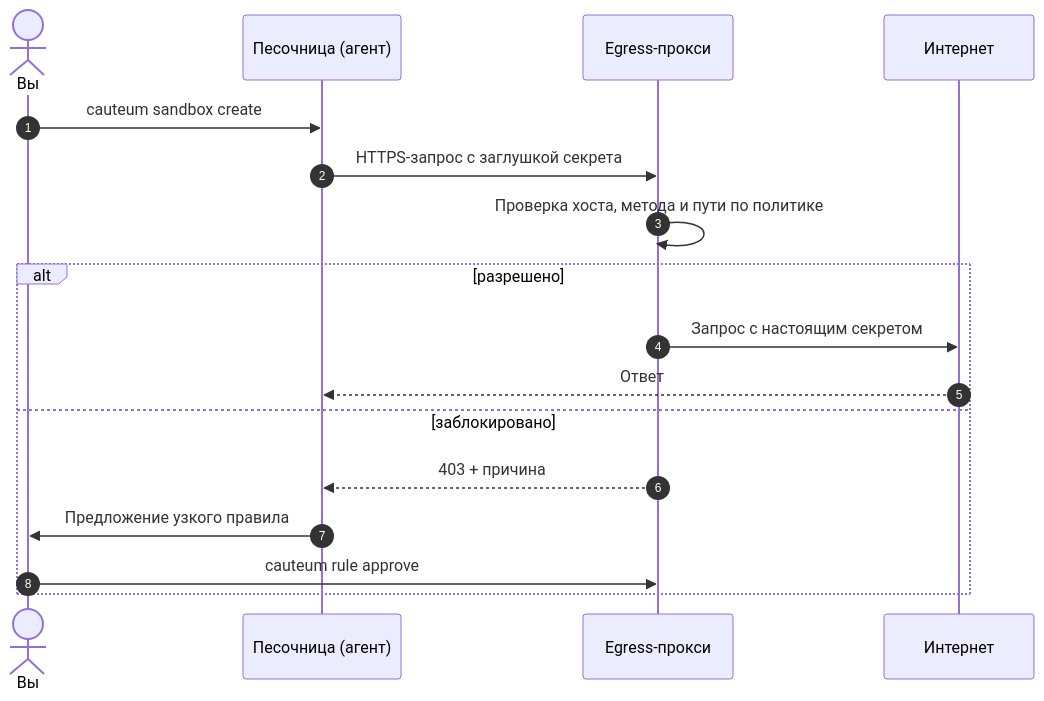
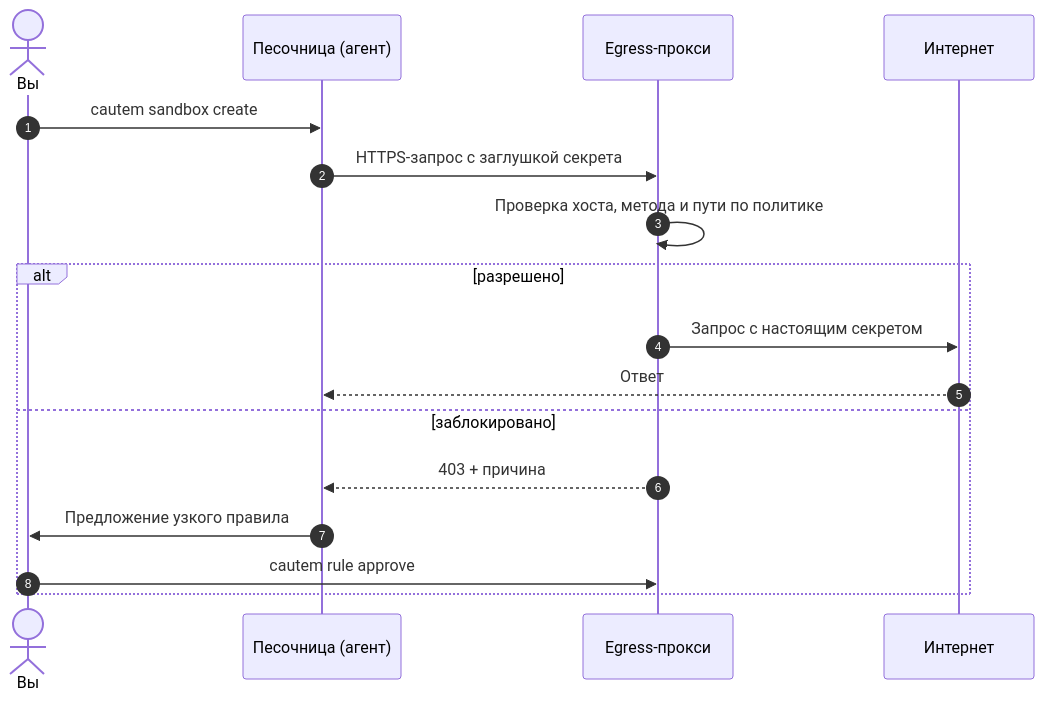
The diagram in docs/ru/index.md (cauteum/cauteum.github.io), drawn with Mermaid before and after one commit. The commit also changed other lines of this file and 78 other files, not shown here.

````diff
--- a/docs/ru/index.md
+++ b/docs/ru/index.md
@@ -92,19 +92,19 @@
 ```mermaid
 sequenceDiagram
     autonumber
     actor You as Вы
     participant S as Песочница (агент)
     participant P as Egress-прокси
     participant U as Интернет
-    You->>S: cauteum sandbox create
+    You->>S: cautem sandbox create
     S->>P: HTTPS-запрос с заглушкой секрета
     P->>P: Проверка хоста, метода и пути по политике
     alt разрешено
         P->>U: Запрос с настоящим секретом
         U-->>S: Ответ
     else заблокировано
         P-->>S: 403 + причина
         S->>You: Предложение узкого правила
-        You->>P: cauteum rule approve
+        You->>P: cautem rule approve
     end
 ```
````
